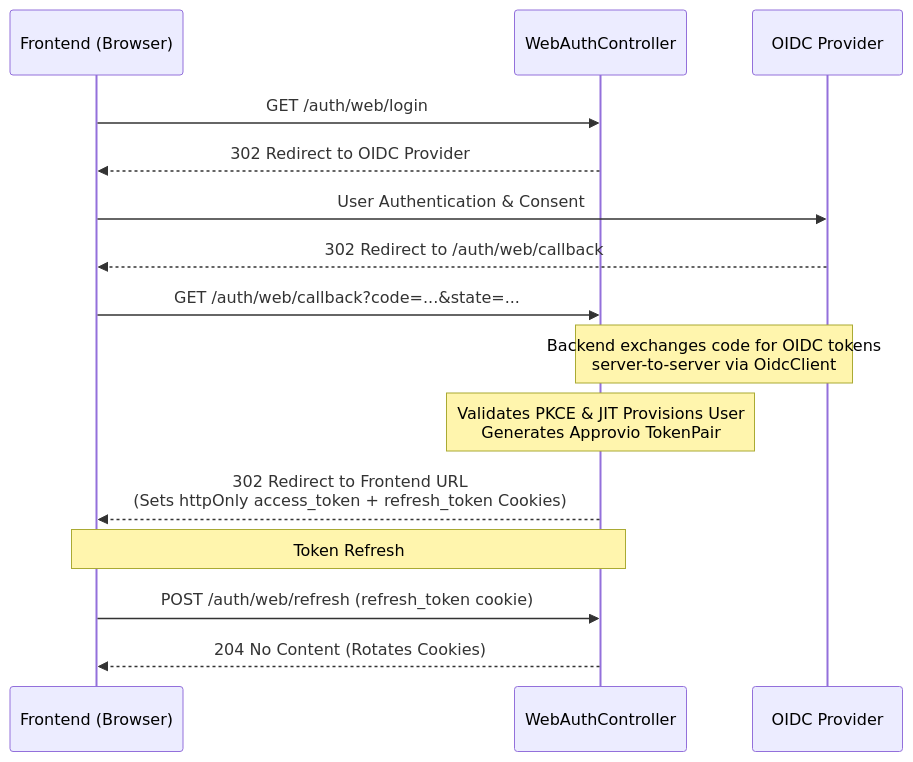
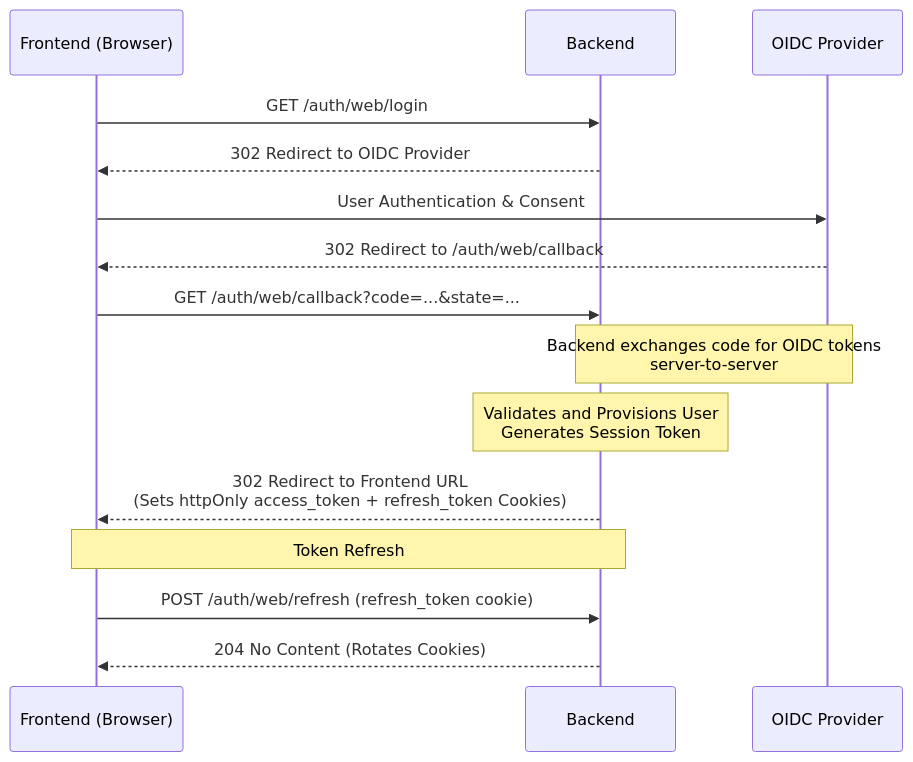
Before and after one commit to giovannibaratta/approvio: the first of 3 diagrams in docs/authentication.md, drawn with Mermaid. The commit also changed other lines of this file and 11 other files, not shown here.

````diff
--- a/docs/authentication.md
+++ b/docs/authentication.md
@@ -93,19 +97,19 @@
 ```mermaid
 sequenceDiagram
     participant F as Frontend (Browser)
-    participant W as WebAuthController
+    participant W as Backend
     participant O as OIDC Provider
 
     F->>W: GET /auth/web/login
     W-->>F: 302 Redirect to OIDC Provider
     F->>O: User Authentication & Consent
     O-->>F: 302 Redirect to /auth/web/callback
     F->>W: GET /auth/web/callback?code=...&state=...
-    Note over W,O: Backend exchanges code for OIDC tokens <br/> server-to-server via OidcClient
-    Note over W: Validates PKCE & JIT Provisions User <br/> Generates Approvio TokenPair
+    Note over W,O: Backend exchanges code for OIDC tokens <br/> server-to-server
+    Note over W: Validates and Provisions User <br/> Generates Session Token
     W-->>F: 302 Redirect to Frontend URL <br/> (Sets httpOnly access_token + refresh_token Cookies)
 
     Note over F,W: Token Refresh
     F->>W: POST /auth/web/refresh (refresh_token cookie)
     W-->>F: 204 No Content (Rotates Cookies)
 ```
````
